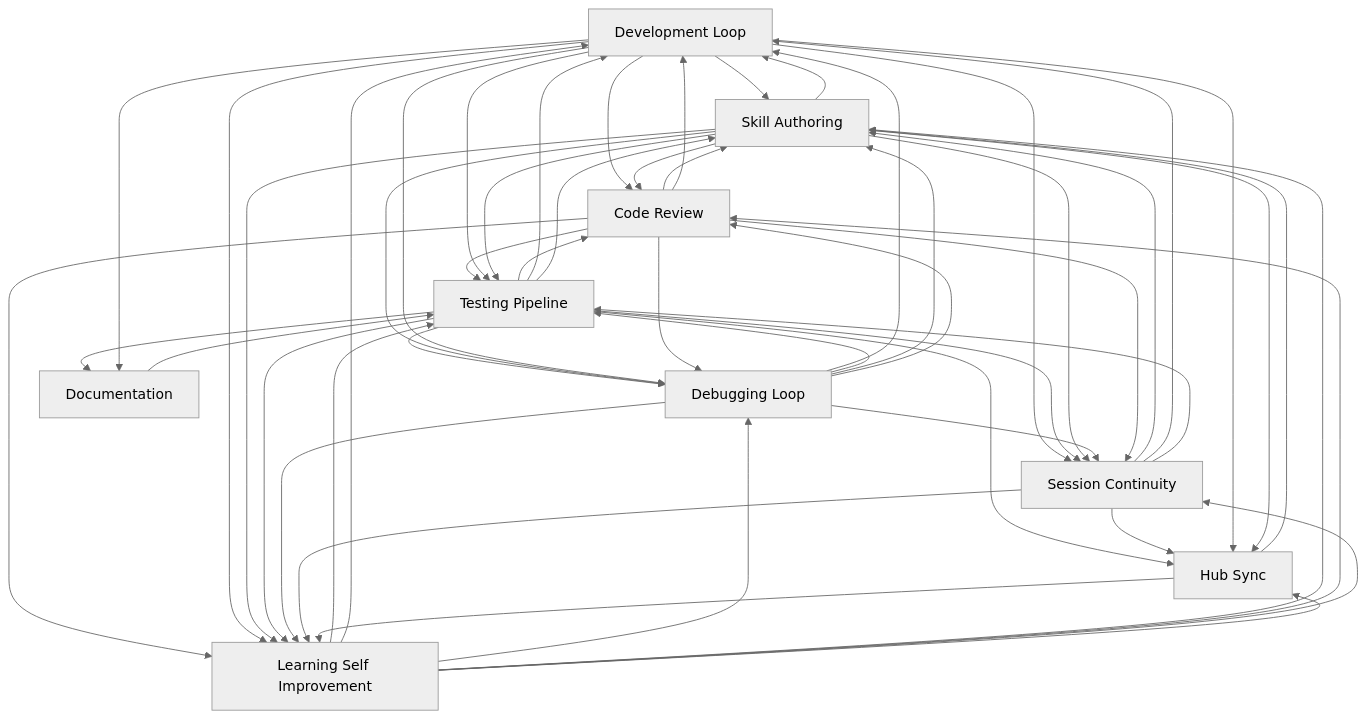
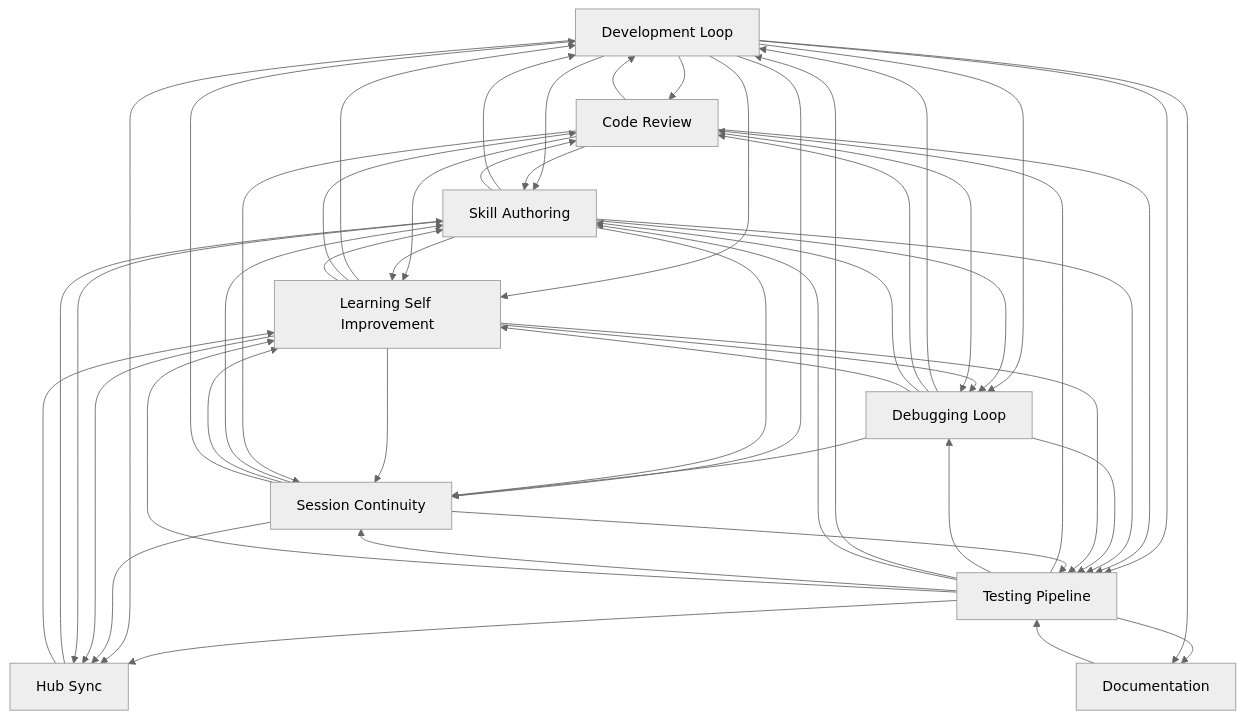
One commit to abhayla/claude-best-practices changed the diagram in docs/workflows/INDEX.md. Above: the diagram before and after it, drawn with Mermaid (neutral theme). The commit also changed other lines of this file and 11 other files, not shown here.

````diff
--- a/docs/workflows/INDEX.md
+++ b/docs/workflows/INDEX.md
@@ -21,62 +21,62 @@
 ```mermaid
 graph TD
     development_loop[Development Loop]
     testing_pipeline[Testing Pipeline]
     debugging_loop[Debugging Loop]
     learning_self_improvement[Learning Self Improvement]
     session_continuity[Session Continuity]
     skill_authoring[Skill Authoring]
     code_review[Code Review]
     documentation[Documentation]
     hub_sync[Hub Sync]
     documentation --> testing_pipeline
+    development_loop --> code_review
+    development_loop --> skill_authoring
+    code_review --> development_loop
     code_review --> skill_authoring
-    code_review --> development_loop
-    development_loop --> skill_authoring
-    development_loop --> code_review
+    development_loop --> learning_self_improvement
+    development_loop --> testing_pipeline
+    code_review --> learning_self_improvement
     code_review --> testing_pipeline
-    code_review --> learning_self_improvement
-    development_loop --> testing_pipeline
-    development_loop --> learning_self_improvement
     testing_pipeline --> code_review
     testing_pipeline --> debugging_loop
     testing_pipeline --> development_loop
     testing_pipeline --> skill_authoring
+    skill_authoring --> development_loop
     skill_authoring --> code_review
-    skill_authoring --> development_loop
+    skill_authoring --> learning_self_improvement
     skill_authoring --> testing_pipeline
-    skill_authoring --> learning_self_improvement
     development_loop --> session_continuity
     testing_pipeline --> session_continuity
-    skill_authoring --> session_continuity
     debugging_loop --> session_continuity
     debugging_loop --> development_loop
-    skill_authoring --> debugging_loop
+    skill_authoring --> session_continuity
+    development_loop --> debugging_loop
+    debugging_loop --> code_review
     debugging_loop --> testing_pipeline
     debugging_loop --> skill_authoring
-    debugging_loop --> code_review
-    development_loop --> debugging_loop
+    skill_authoring --> debugging_loop
     testing_pipeline --> learning_self_improvement
     debugging_loop --> learning_self_improvement
+    learning_self_improvement --> debugging_loop
+    learning_self_improvement --> development_loop
+    learning_self_improvement --> code_review
     learning_self_improvement --> testing_pipeline
-    learning_self_improvement --> development_loop
-    learning_self_improvement --> debugging_loop
     learning_self_improvement --> skill_authoring
-    learning_self_improvement --> code_review
     code_review --> debugging_loop
+    learning_self_improvement --> session_continuity
     code_review --> session_continuity
-    learning_self_improvement --> session_continuity
     testing_pipeline --> hub_sync
+    development_loop --> hub_sync
     session_continuity --> hub_sync
     session_continuity --> skill_authoring
     session_continuity --> learning_self_improvement
     learning_self_improvement --> hub_sync
-    development_loop --> hub_sync
     testing_pipeline --> documentation
     development_loop --> documentation
     session_continuity --> development_loop
     session_continuity --> testing_pipeline
     skill_authoring --> hub_sync
     hub_sync --> skill_authoring
     hub_sync --> learning_self_improvement
 ```
````
